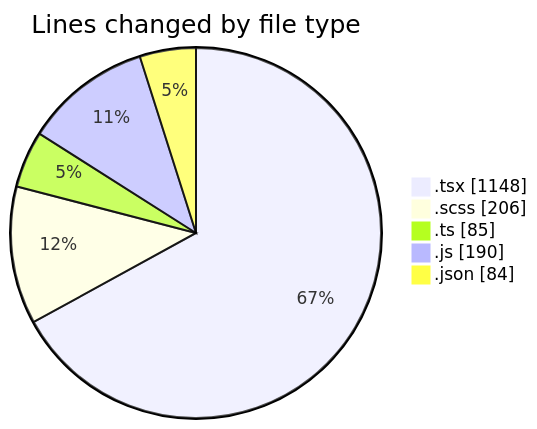
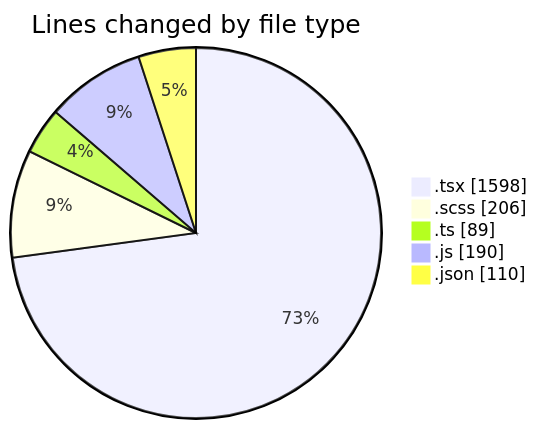
One commit to momahboobian/code-tracking changed the first of 2 diagrams in 2026-04-23/cda/README.md. Above: the diagram before and after it, drawn with Mermaid. The commit also changed other lines of this file and 1 other file, not shown here.

````diff
--- a/2026-04-23/cda/README.md
+++ b/2026-04-23/cda/README.md
@@ -35,9 +36,9 @@
 ```mermaid
 pie showData
 title Lines changed by file type
-".tsx" : 1148
+".tsx" : 1598
 ".scss" : 206
-".ts" : 85
+".ts" : 89
 ".js" : 190
-".json" : 84
+".json" : 110
 ```
````
